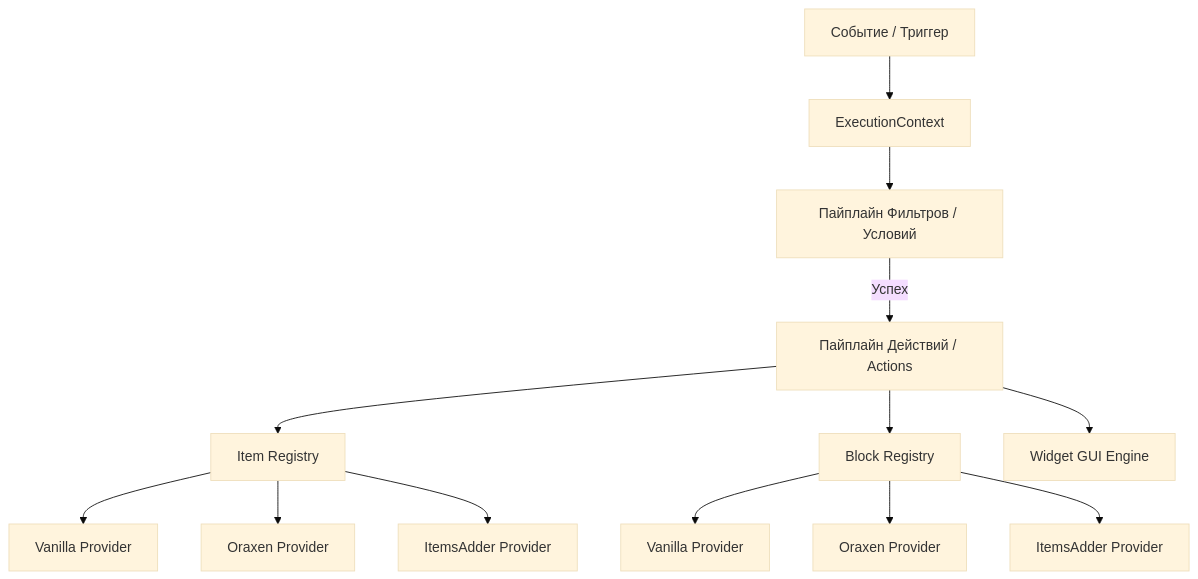
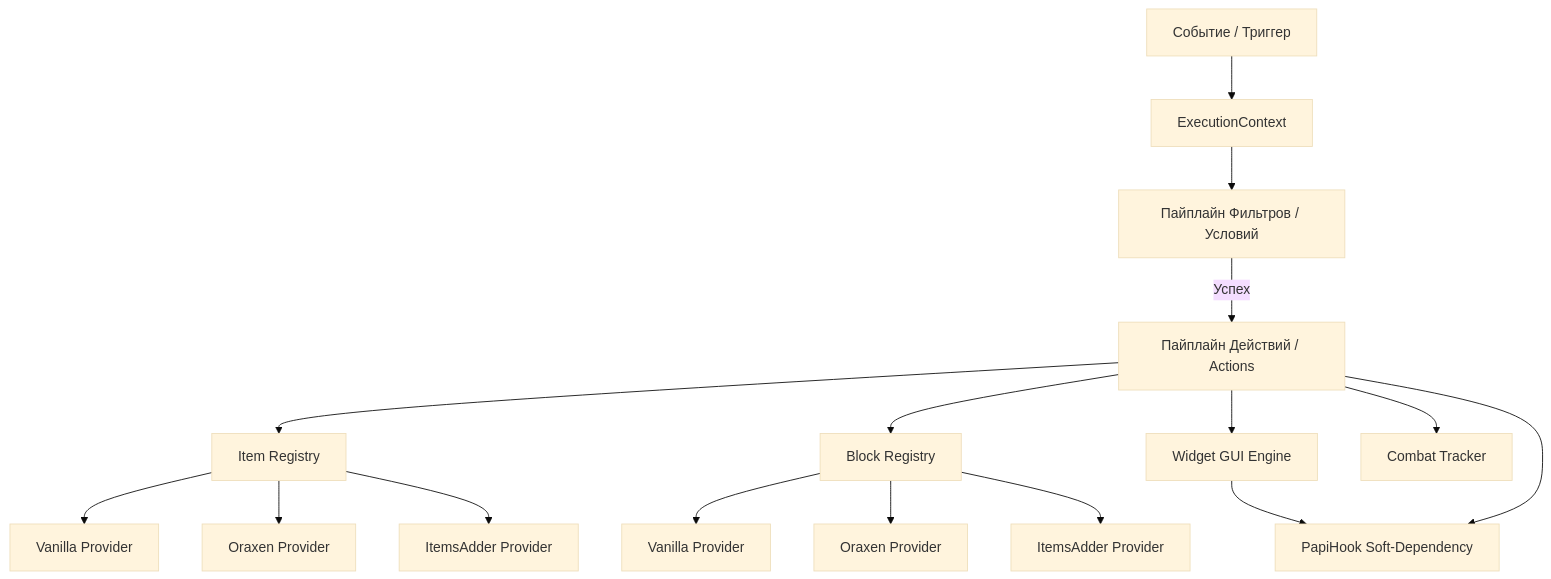
The diagram in docs/ARCHITECTURE.md (kostin-ak/ActionsAndTriggers), drawn with Mermaid (base theme) before and after one commit. The commit also changed other lines of this file and 2 other files, not shown here.

Commit message:
docs: update comprehensive AAT documentation including GUI engine, triggers/actions registry, combat tracking, and PlaceholderAPI soft-dependency

````diff
--- a/docs/ARCHITECTURE.md
+++ b/docs/ARCHITECTURE.md
@@ -12,17 +12,21 @@
 ```mermaid
 graph TD
     Trigger[Событие / Триггер] --> Context[ExecutionContext]
     Context --> FilterPipeline[Пайплайн Фильтров / Условий]
     FilterPipeline -->|Успех| ActionPipeline[Пайплайн Действий / Actions]
     ActionPipeline --> ItemRegistry[Item Registry]
     ActionPipeline --> BlockRegistry[Block Registry]
     ActionPipeline --> GuiEngine[Widget GUI Engine]
+    ActionPipeline --> CombatTracker[Combat Tracker]
     
     ItemRegistry --> VanillaItem[Vanilla Provider]
     ItemRegistry --> OraxenItem[Oraxen Provider]
     ItemRegistry --> IAItem[ItemsAdder Provider]
     
     BlockRegistry --> VanillaBlock[Vanilla Provider]
     BlockRegistry --> OraxenBlock[Oraxen Provider]
     BlockRegistry --> IABlock[ItemsAdder Provider]
+    
+    GuiEngine --> PapiHook[PapiHook Soft-Dependency]
+    ActionPipeline --> PapiHook
 ```
````
